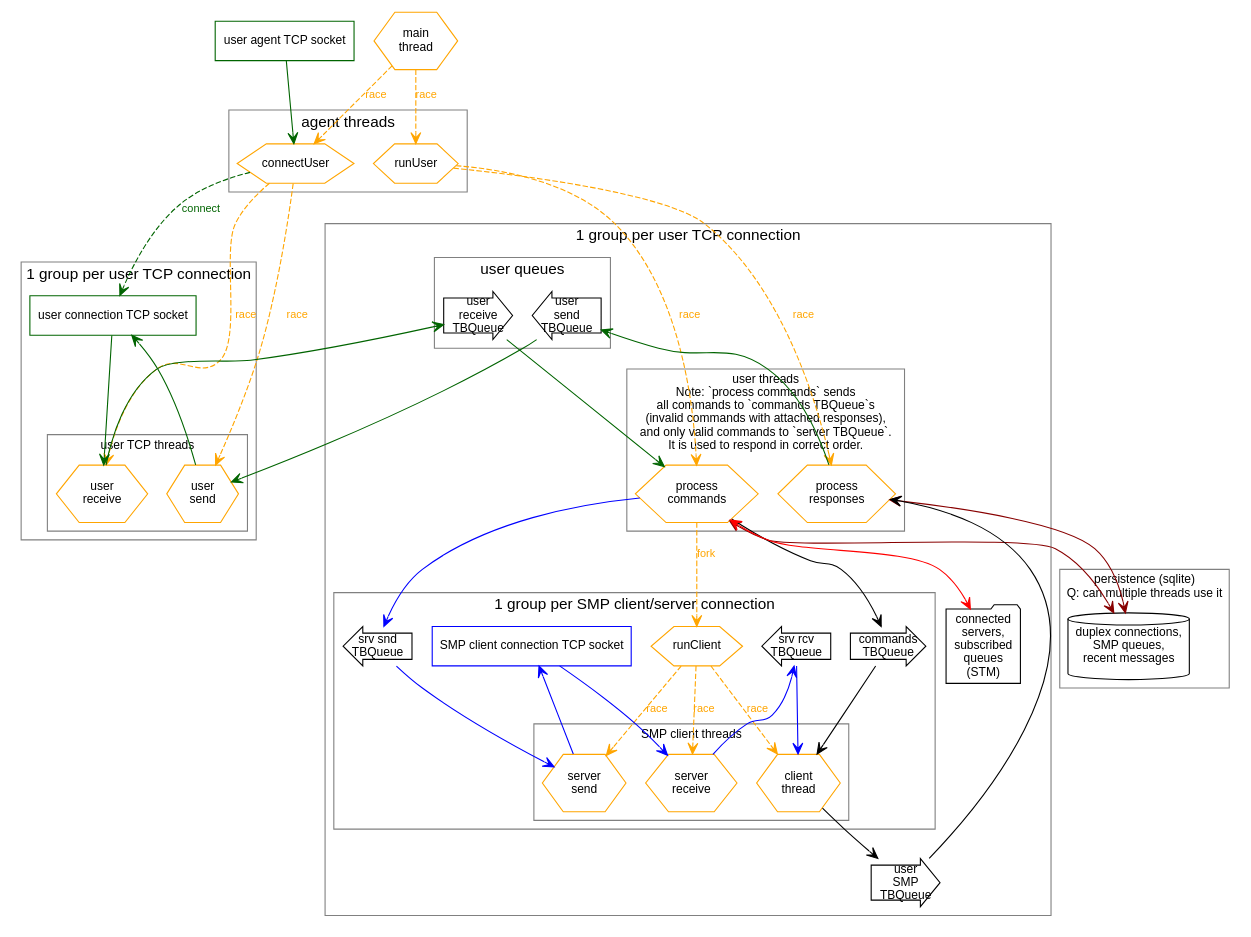
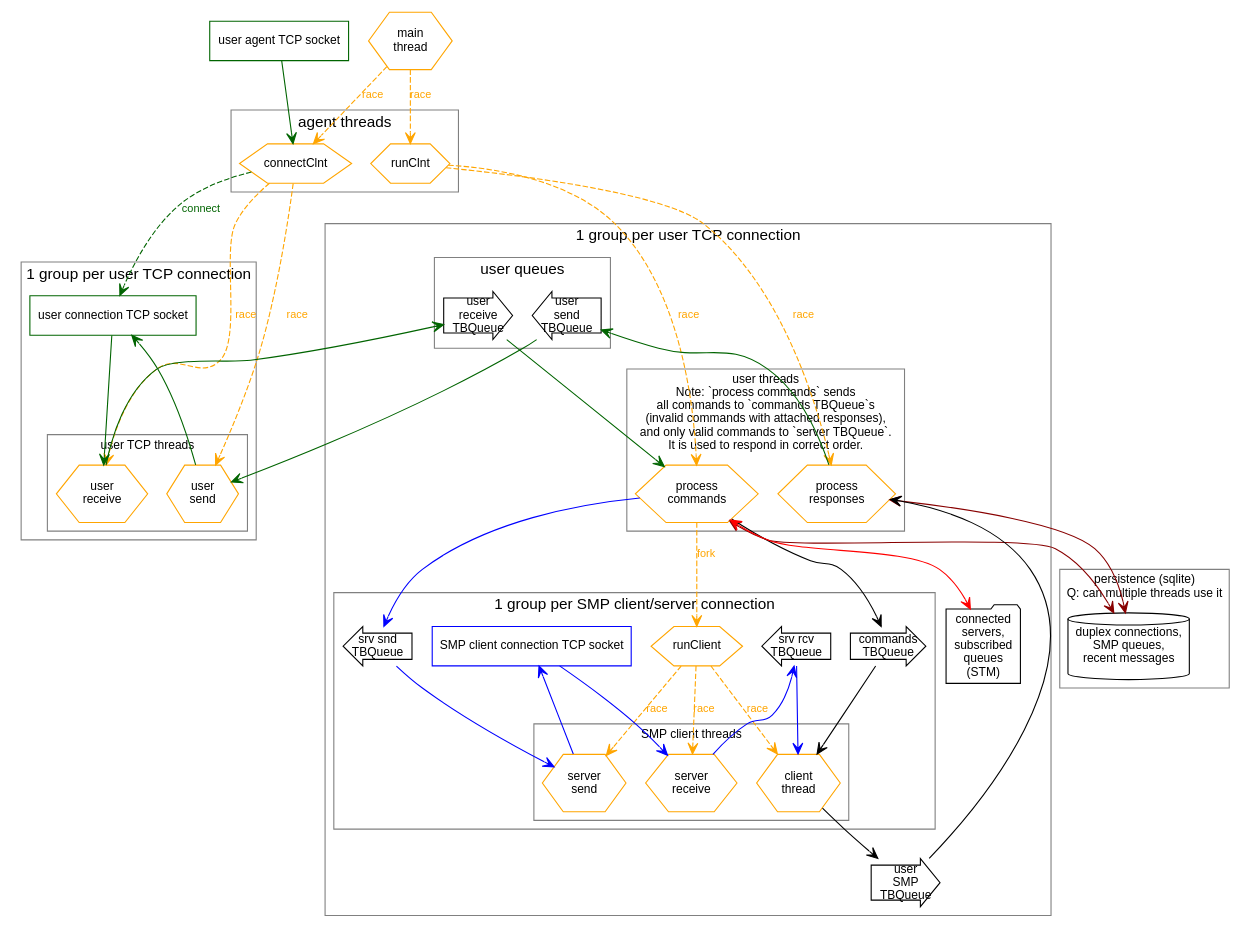
One commit to simplex-chat/simplexmq changed the diagram in design/agent2.gv. Above: the diagram before and after it, drawn with Graphviz. The commit also changed 8 other files, not shown here.

```diff
--- a/design/agent2.gv
+++ b/design/agent2.gv
@@ -1,103 +1,103 @@
 digraph SMPAgent {
   graph [fontname=arial]
   node [fontname=arial fontsize=11 shape=box]
   edge [fontname=arial fontsize=10 arrowhead=open arrowtail=open]
 
   main [shape=hexagon color=orange label="main\nthread"]
   aSock [label="user agent TCP socket" color=darkgreen]
 
   subgraph clusterPersistence {
     graph [fontsize=11 color=gray]
     label="persistence (sqlite)\nQ: can multiple threads use it"
     connectionsStore [shape=cylinder label="duplex connections,\nSMP queues,\nrecent messages"]
   }
 
   subgraph clusterAgent {
     graph [color=gray]
     node [shape=hexagon color=orange]
     label="agent threads" 
-    connectUser
-    runUser
+    connectClnt
+    runClnt
   }
 
-  main -> {runUser connectUser} [style=dashed label="race" color=orange fontcolor=orange]
-  aSock -> connectUser [color=darkgreen]
+  main -> {runClnt connectClnt} [style=dashed label="race" color=orange fontcolor=orange]
+  aSock -> connectClnt [color=darkgreen]
 
   subgraph clusterUserTCP {
     graph [color=gray]
     label="1 group per user TCP connection"
     uSock [label="user connection TCP socket" color=darkgreen]
 
     subgraph clusterUserTCPThreads {
       graph [fontsize=11 color=gray]
       label="user TCP threads"
       node [shape=hexagon, color=orange]
       uRcv [label="user\nreceive"]
       uSnd [label="user\nsend"]
     }
 
     uSock -> uRcv [color=darkgreen]
     uSnd -> uSock [color=darkgreen]
   }
 
   subgraph clusterUser {
     graph [color=gray]
     label="1 group per user TCP connection"
 
     subgraph clusterUserInterface {
       label="user queues"
       uInq [shape=rarrow label="user\nreceive\nTBQueue"]
       uOutq [shape=larrow label="user\nsend\nTBQueue"]
     }
 
     subgraph clusterUserThreads {
       graph [fontsize=11 color=gray]
       label="user threads\nNote: `process commands` sends\nall commands to `commands TBQueue`s\n(invalid commands with attached responses),\nand only valid commands to `server TBQueue`.\nIt is used to respond in correct order."
       node [shape=hexagon, color=orange]
       uAgent [label="process\ncommands"]
       uProcess [label="process\nresponses"]
     }
 
     uRcv -> uInq -> uAgent [color=darkgreen]
     uProcess -> uOutq -> uSnd [color=darkgreen]
 
     subgraph clusterClient {
       graph [color=gray]
       label="1 group per SMP client/server connection"
       runClient [shape=hexagon, color=orange]
       sOutq [shape=larrow label="srv snd\nTBQueue"]
       iInq [shape=larrow  label="srv rcv\nTBQueue"]
       sCmdq [shape=rarrow label="commands\nTBQueue"]
       sSock [label="SMP client connection TCP socket" color=blue]
 
       subgraph clusterServerThreads {
         graph [fontsize=11 color=gray]
         label="SMP client threads"
         node [shape=hexagon, color=orange]
         sAgent [label="client\nthread"]
         sRcv [label="server\nreceive"]
         sSnd [label="server\nsend"]
       }
 
       runClient -> {sAgent sRcv sSnd} [style=dashed label=race color=orange fontcolor=orange]
       sSock -> sRcv -> iInq -> sAgent [color=blue]
       uAgent -> sOutq -> sSnd -> sSock [color=blue]
     }
 
     uAgent -> userState [dir=both color=red]
     {uAgent uProcess} -> connectionsStore [dir=both color="#880000"]
 
-    connectUser -> uSock [style=dashed label="connect" color=darkgreen fontcolor=darkgreen]
-    connectUser -> {uRcv uSnd} [style=dashed label="race" color=orange fontcolor=orange]
-    runUser -> {uAgent uProcess} [style=dashed label="race" color=orange fontcolor=orange]
+    connectClnt -> uSock [style=dashed label="connect" color=darkgreen fontcolor=darkgreen]
+    connectClnt -> {uRcv uSnd} [style=dashed label="race" color=orange fontcolor=orange]
+    runClnt -> {uAgent uProcess} [style=dashed label="race" color=orange fontcolor=orange]
 
     userState [label="connected\nservers,\nsubscribed\nqueues\n(STM)" shape="folder"]
     uRespq [shape=rarrow label="user\nSMP\nTBQueue"]
 
     uAgent -> sCmdq
     sCmdq -> sAgent
     sAgent -> uRespq -> uProcess
 
     uAgent -> runClient [style=dashed label="fork" color=orange fontcolor=orange]
   }
 }
```
